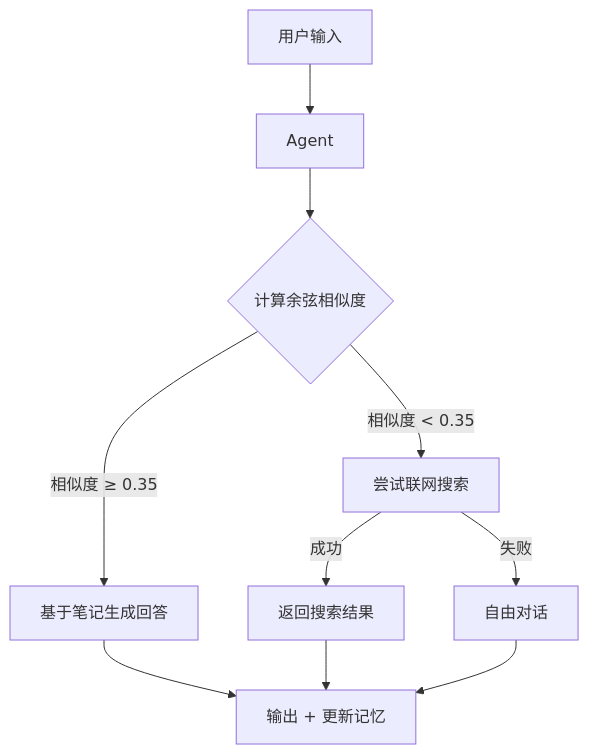
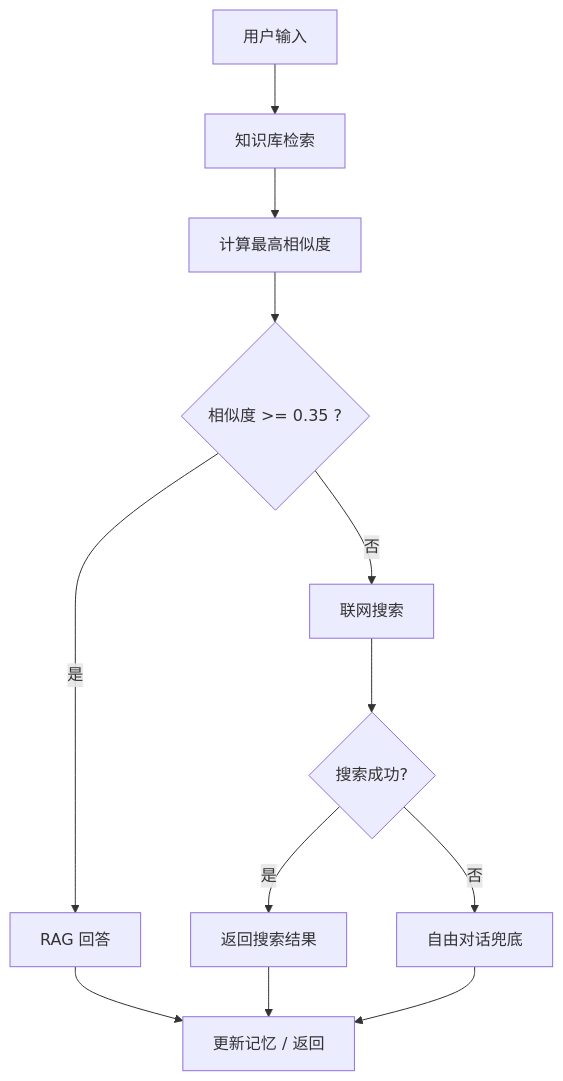
Before and after one commit to leon6657/-Agent-RAG-: the second of 2 diagrams in README.md, drawn with Mermaid. The commit also changed other lines of this file and 6 other files, not shown here.

````diff
--- a/README.md
+++ b/README.md
@@ -33,12 +809,14 @@
 ```mermaid
 graph TD
-    A[用户输入] --> B[Agent]
-    B --> C{计算余弦相似度}
-    C -- 相似度 ≥ 0.35 --> D[基于笔记生成回答]
-    C -- 相似度 < 0.35 --> E[尝试联网搜索]
-    E -- 成功 --> F[返回搜索结果]
-    E -- 失败 --> G[自由对话]
-    D --> H[输出 + 更新记忆]
-    F --> H
-    G --> H
+    A[用户输入] --> B[知识库检索]
+    B --> C[计算最高相似度]
+    C --> D{相似度 >= 0.35 ?}
+    D -- 是 --> E[RAG 回答]
+    D -- 否 --> F[联网搜索]
+    F --> G{搜索成功?}
+    G -- 是 --> H[返回搜索结果]
+    G -- 否 --> I[自由对话兜底]
+    E --> J[更新记忆 / 返回]
+    H --> J
+    I --> J
 ```
````
